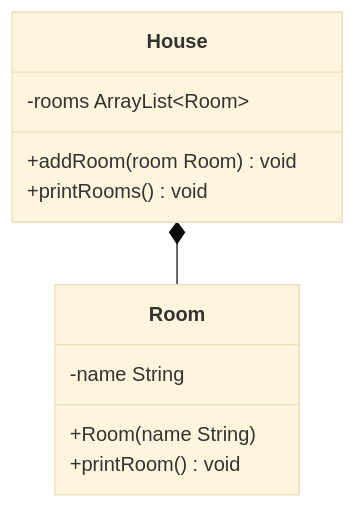
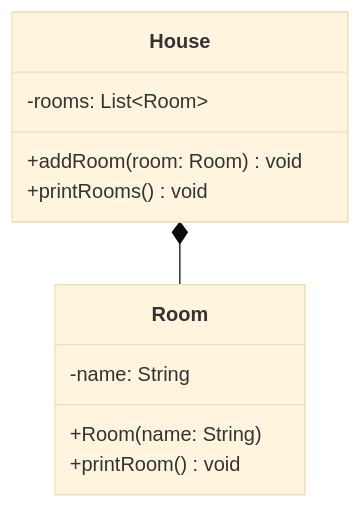
The diagram in docs/exercises/inner-classes/inner-classes01.mdx (jappuccini/java-docs), drawn with Mermaid (base theme) before and after one commit. The commit also changed 76 other files, not shown here.

Commit message:
uml fixes (colons, properties), headline fixes (italic) and exam result updates

````diff
--- a/docs/exercises/inner-classes/inner-classes01.mdx
+++ b/docs/exercises/inner-classes/inner-classes01.mdx
@@ -16,16 +16,16 @@
 ```mermaid
 classDiagram
     House *-- Room
 
     class House {
-        -rooms ArrayList~Room~
-        +addRoom(room Room) void
+        -rooms: List~Room~
+        +addRoom(room: Room) void
         +printRooms() void
     }
 
     class Room {
-        -name String
-        +Room(name String)
+        -name: String
+        +Room(name: String)
         +printRoom() void
     }
 ```
````
